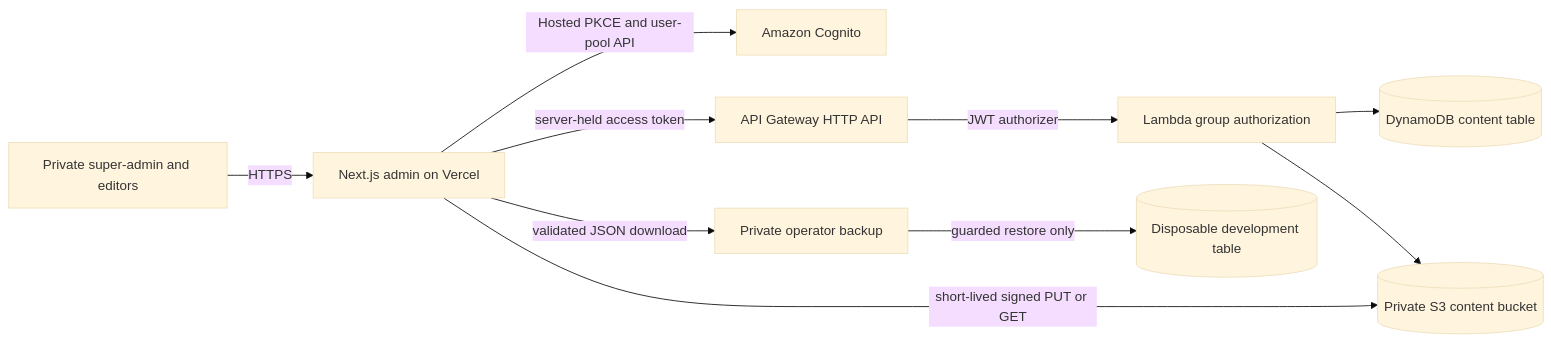
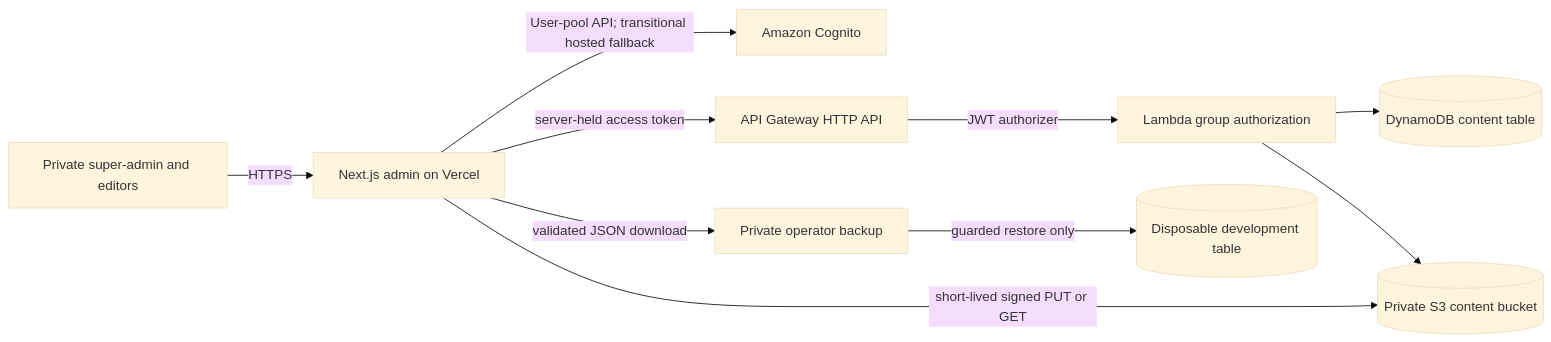
The diagram in docs/architecture.md (boversauros/admintonibover), drawn with Mermaid (base theme) before and after one commit. The commit also changed other lines of this file and 41 other files, not shown here.

````diff
--- a/docs/architecture.md
+++ b/docs/architecture.md
@@ -10,12 +10,12 @@
 ```mermaid
 flowchart LR
   A[Private super-admin and editors] -->|HTTPS| N[Next.js admin on Vercel]
-  N -->|Hosted PKCE and user-pool API| C[Amazon Cognito]
+  N -->|User-pool API; transitional hosted fallback| C[Amazon Cognito]
   N -->|server-held access token| G[API Gateway HTTP API]
   G -->|JWT authorizer| L[Lambda group authorization]
   L --> D[(DynamoDB content table)]
   L --> S[(Private S3 content bucket)]
   N -->|short-lived signed PUT or GET| S
   N -->|validated JSON download| B[Private operator backup]
   B -->|guarded restore only| R[(Disposable development table)]
 ```
````
